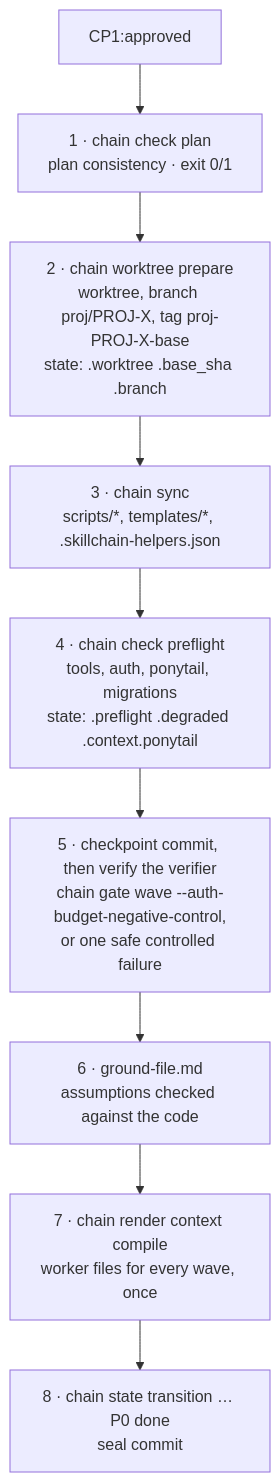
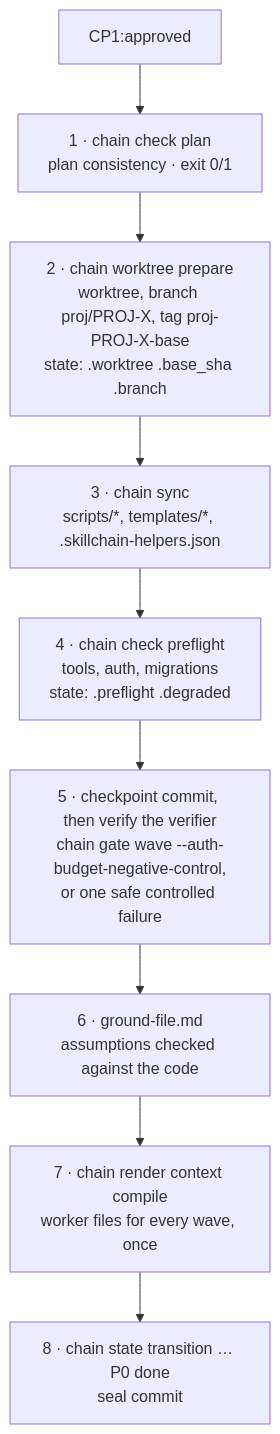
Before and after one commit to lycantropus/agentic-development-skill-chain: the diagram in docs/how-it-works.md, drawn with Mermaid. The commit also changed other lines of this file and 54 other files, not shown here.

First line of the commit message:
feat(chain): retire the Ponytail plugin, move minimalism rules into the role manifests

````diff
--- a/docs/how-it-works.md
+++ b/docs/how-it-works.md
@@ -96,11 +96,11 @@
 ```mermaid
 flowchart TD
   CP1["CP1:approved"] --> A["1 · chain check plan<br/>plan consistency · exit 0/1"]
   A --> B["2 · chain worktree prepare<br/>worktree, branch proj/PROJ-X, tag proj-PROJ-X-base<br/>state: .worktree .base_sha .branch"]
   B --> C["3 · chain sync<br/>scripts/*, templates/*, .skillchain-helpers.json"]
-  C --> D["4 · chain check preflight<br/>tools, auth, ponytail, migrations<br/>state: .preflight .degraded .context.ponytail"]
+  C --> D["4 · chain check preflight<br/>tools, auth, migrations<br/>state: .preflight .degraded"]
   D --> E["5 · checkpoint commit, then verify the verifier<br/>chain gate wave --auth-budget-negative-control,<br/>or one safe controlled failure"]
   E --> F["6 · ground-file.md<br/>assumptions checked against the code"]
   F --> G["7 · chain render context compile<br/>worker files for every wave, once"]
   G --> H["8 · chain state transition … P0 done<br/>seal commit"]
 ```
````
